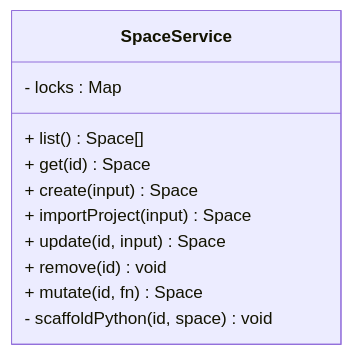
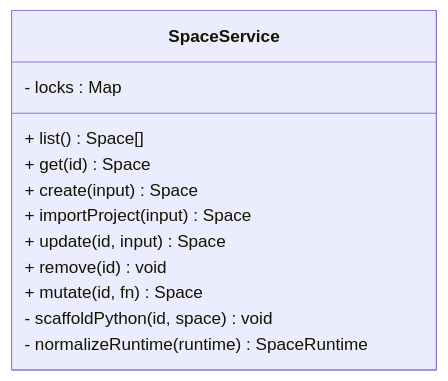
Before and after one commit to hozeeee/script-box: the third of 14 diagrams in .qoder/repowiki/zh/content/核心服务层/Space 服务（项目空间管理）.md, drawn with Mermaid. The commit also changed other lines of this file and 2 other files, not shown here.

First line of the commit message:
refactor(space): 重构空间管理实现运行时隔离与路由升级

````diff
--- a/.qoder/repowiki/zh/content/核心服务层/Space 服务（项目空间管理）.md
+++ b/.qoder/repowiki/zh/content/核心服务层/Space 服务（项目空间管理）.md
@@ -172,14 +185,15 @@
 ```mermaid
 classDiagram
 class SpaceService {
 - locks : Map<string, Promise>
 + list() Space[]
 + get(id) Space
 + create(input) Space
 + importProject(input) Space
 + update(id, input) Space
 + remove(id) void
 + mutate(id, fn) Space
 - scaffoldPython(id, space) void
+- normalizeRuntime(runtime) SpaceRuntime
 }
 ```
````
